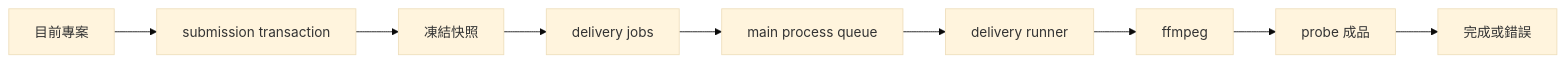
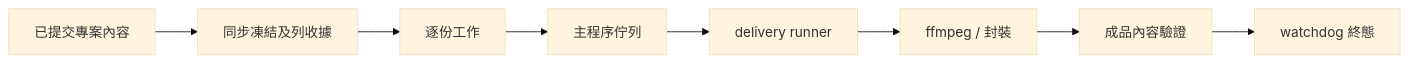
Before and after one commit to evanwayc-star/SUB_Tool: the fifth of 5 diagrams in docs/技術架構說明.md, drawn with Mermaid (base theme). The commit also changed other lines of this file and 64 other files, not shown here.

````diff
--- a/docs/技術架構說明.md
+++ b/docs/技術架構說明.md
@@ -412,11 +374,10 @@
 ```mermaid
 flowchart LR
-  P[目前專案] --> S[submission transaction]
-  S --> F[凍結快照]
-  F --> J[delivery jobs]
-  J --> Q[main process queue]
+  P[已提交專案內容] --> S[同步凍結及列收據]
+  S --> J[逐份工作]
+  J --> Q[主程序佇列]
   Q --> R[delivery runner]
-  R --> FF[ffmpeg]
-  FF --> V[probe 成品]
-  V --> C[完成或錯誤]
+  R --> F[ffmpeg / 封裝]
+  F --> V[成品內容驗證]
+  V --> T[watchdog 終態]
 ```
````
